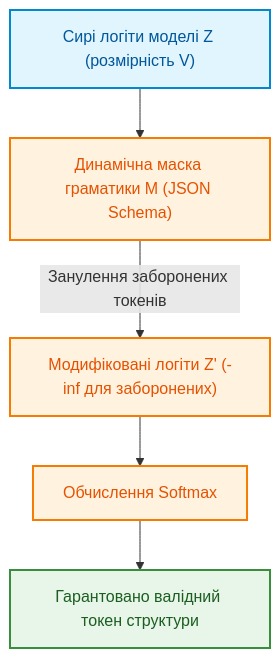
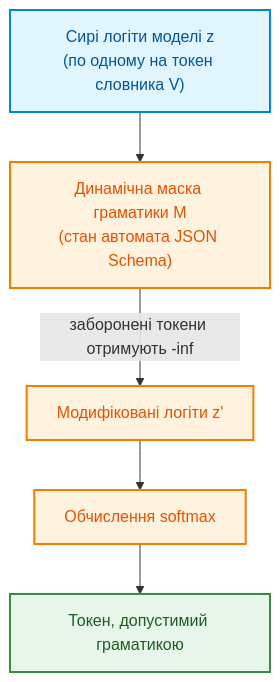
The sixth of 8 diagrams in ExpertSystem/ch13-language-variability-vs-determinism.md (nick-fedchik/articles), drawn with Mermaid before and after one commit. The commit also changed other lines of this file, not shown here.

````diff
--- a/ExpertSystem/ch13-language-variability-vs-determinism.md
+++ b/ExpertSystem/ch13-language-variability-vs-determinism.md
@@ -313,18 +359,18 @@
 ```mermaid
 flowchart TD
     accTitle: Процес маскування логітів при обмеженому декодуванні
-    accDescr: Фільтрація логітів моделі через динамічну маску граматики до обчислення ймовірностей Softmax.
+    accDescr: Фільтрація логітів моделі через динамічну маску граматики до обчислення ймовірностей softmax.
 
-    LOGITS["Сирі логіти моделі Z (розмірність V)"] --> MASK["Динамічна маска граматики M (JSON Schema)"]
-    MASK -->|Занулення заборонених токенів| MOD_LOGITS["Модифіковані логіти Z' (-inf для заборонених)"]
-    MOD_LOGITS --> SOFTMAX["Обчислення Softmax"]
-    SOFTMAX --> NEXT_TOKEN["Гарантовано валідний токен структури"]
+    LOGITS["Сирі логіти моделі z<br/>(по одному на токен словника V)"] --> MASK["Динамічна маска граматики M<br/>(стан автомата JSON Schema)"]
+    MASK -->|заборонені токени отримують -inf| MOD_LOGITS["Модифіковані логіти z'"]
+    MOD_LOGITS --> SOFTMAX["Обчислення softmax"]
+    SOFTMAX --> NEXT_TOKEN["Токен, допустимий граматикою"]
 
     classDef raw fill:#e1f5fe,stroke:#0288d1,stroke-width:2px,color:#01579b;
     classDef mask fill:#fff3e0,stroke:#f57c00,stroke-width:2px,color:#e65100;
     classDef ok fill:#e8f5e9,stroke:#388e3c,stroke-width:2px,color:#1b5e20;
 
     class LOGITS raw;
     class MASK,MOD_LOGITS,SOFTMAX mask;
     class NEXT_TOKEN ok;
 ```
````
